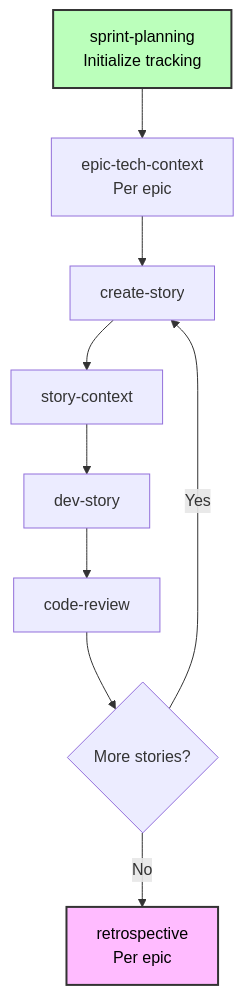
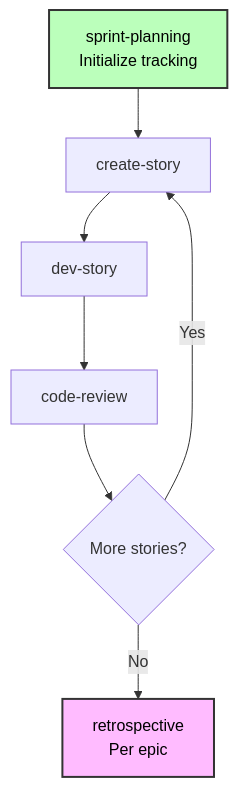
One commit to acita-gmbh/eaf changed the first of 2 diagrams in .bmad/bmm/docs/brownfield-guide.md. Above: the diagram before and after it, drawn with Mermaid. The commit also changed other lines of this file and 36 other files, not shown here.

````diff
--- a/.bmad/bmm/docs/brownfield-guide.md
+++ b/.bmad/bmm/docs/brownfield-guide.md
@@ -320,23 +320,19 @@
 ```mermaid
 flowchart TD
     SPRINT[sprint-planning<br/>Initialize tracking]
-    EPIC[epic-tech-context<br/>Per epic]
     CREATE[create-story]
-    CONTEXT[story-context]
     DEV[dev-story]
     REVIEW[code-review]
     CHECK{More stories?}
     RETRO[retrospective<br/>Per epic]
 
-    SPRINT --> EPIC
-    EPIC --> CREATE
-    CREATE --> CONTEXT
-    CONTEXT --> DEV
+    SPRINT --> CREATE
+    CREATE --> DEV
     DEV --> REVIEW
     REVIEW --> CHECK
     CHECK -->|Yes| CREATE
     CHECK -->|No| RETRO
 
     style SPRINT fill:#bfb,stroke:#333,stroke-width:2px,color:#000
     style RETRO fill:#fbf,stroke:#333,stroke-width:2px,color:#000
 ```
````
